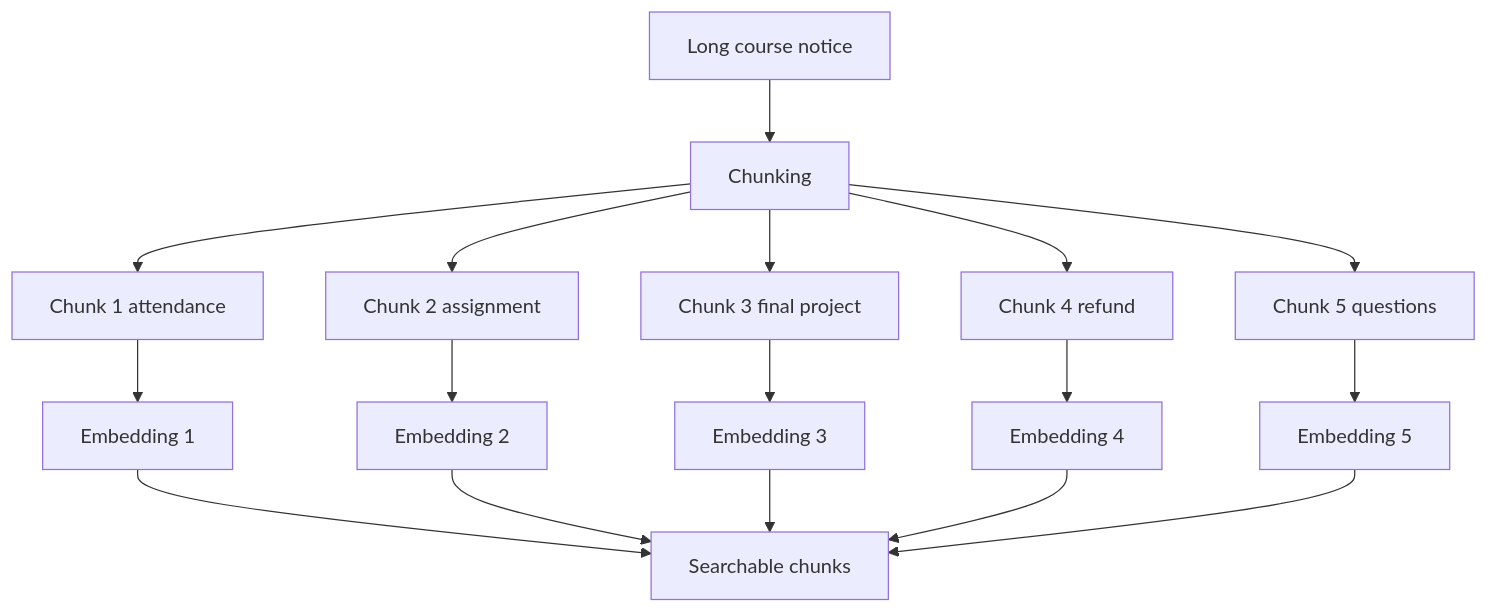
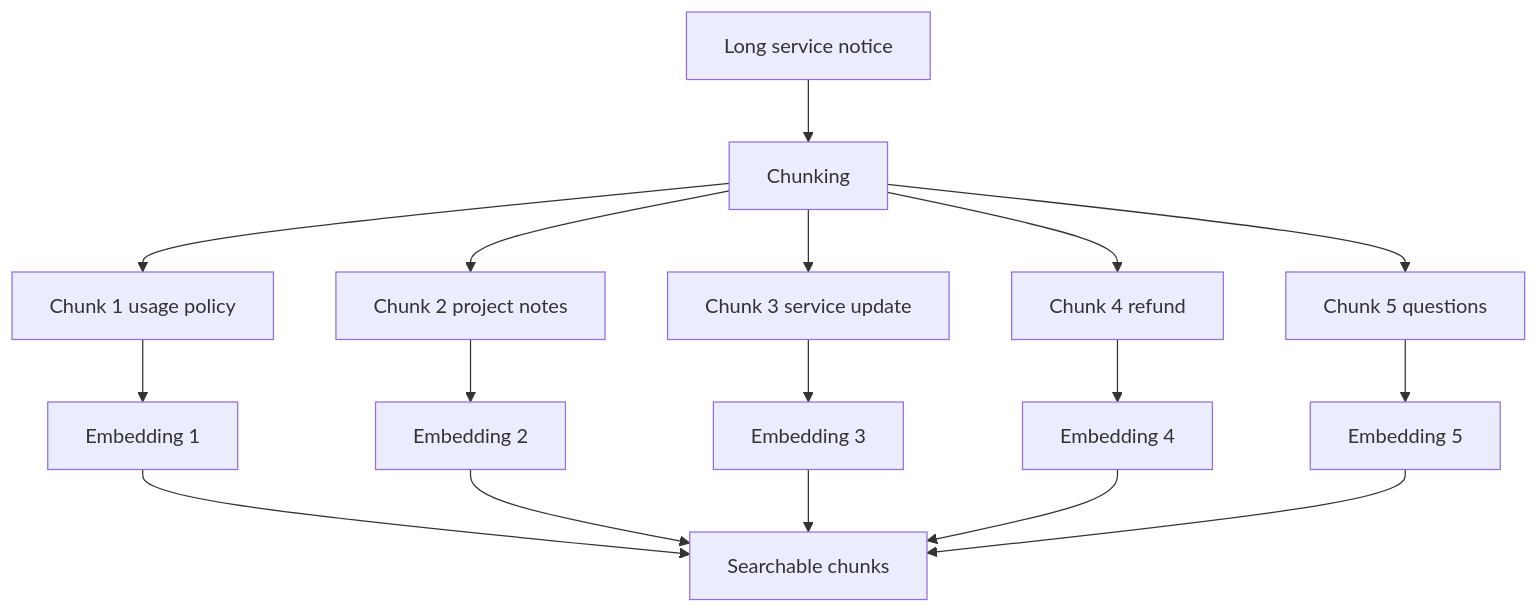
One commit to GilbertMoon/ai-database-book changed the diagram in images/chapter14/ch14_04_document_chunking.mmd. Above: the diagram before and after it, drawn with Mermaid. The commit also changed 82 other files, not shown here.

```diff
--- a/images/chapter14/ch14_04_document_chunking.mmd
+++ b/images/chapter14/ch14_04_document_chunking.mmd
@@ -1,19 +1,19 @@
 flowchart TB
-    A[Long course notice] --> B[Chunking]
-    B --> C[Chunk 1 attendance]
-    B --> D[Chunk 2 assignment]
-    B --> E[Chunk 3 final project]
+    A[Long service notice] --> B[Chunking]
+    B --> C[Chunk 1 usage policy]
+    B --> D[Chunk 2 project notes]
+    B --> E[Chunk 3 service update]
     B --> F[Chunk 4 refund]
     B --> G[Chunk 5 questions]
 
     C --> H[Embedding 1]
     D --> I[Embedding 2]
     E --> J[Embedding 3]
     F --> K[Embedding 4]
     G --> L[Embedding 5]
 
     H --> M[Searchable chunks]
     I --> M
     J --> M
     K --> M
     L --> M
```
